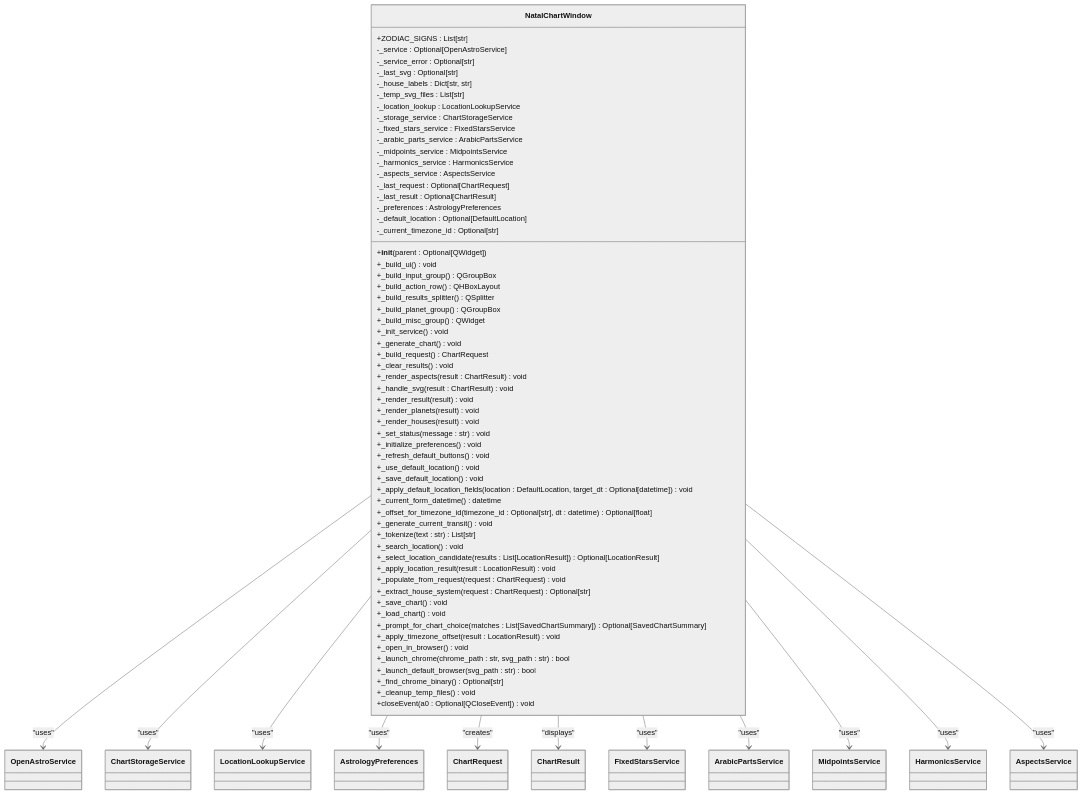
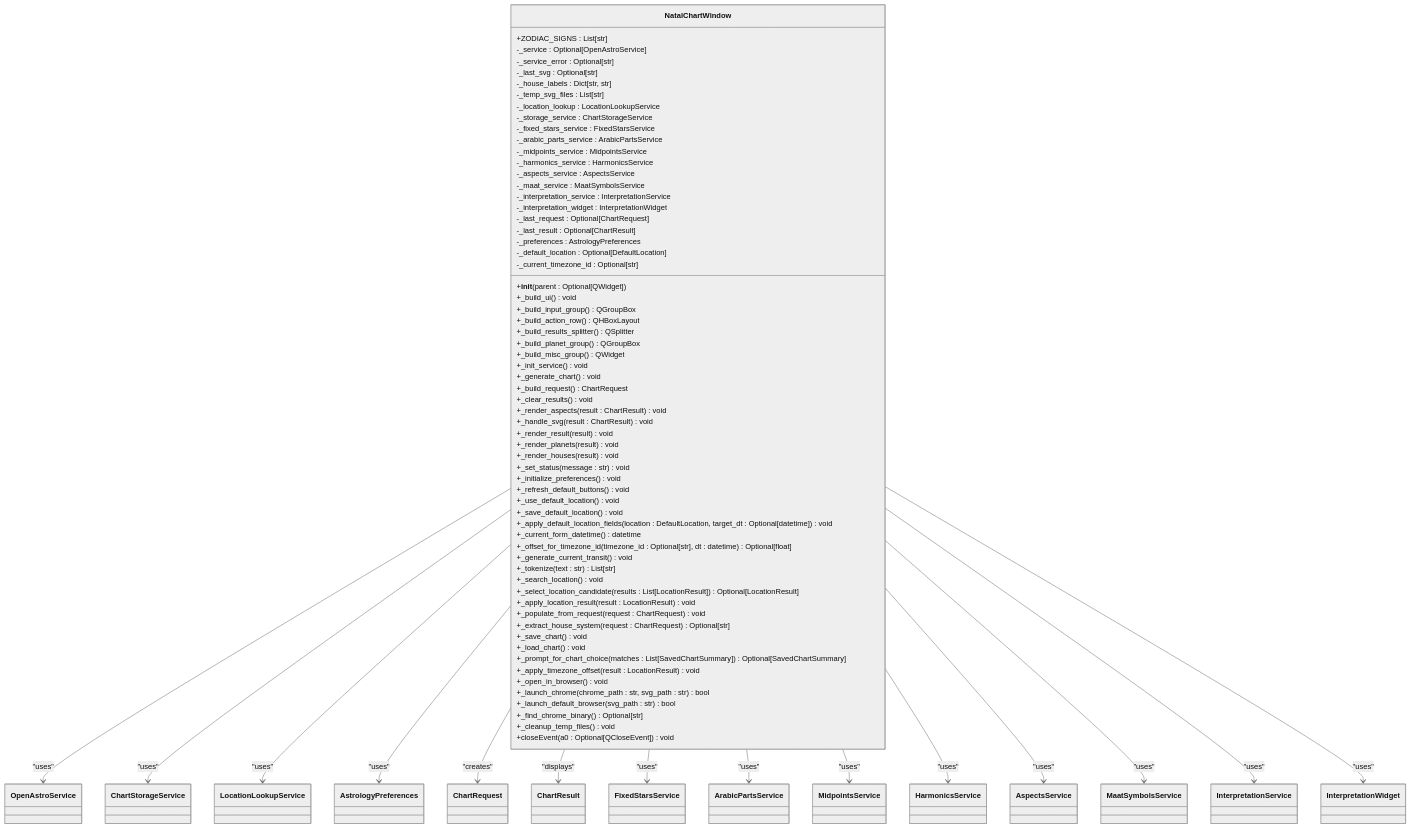
Before and after one commit to TheDaniel166/IsopGem: the third of 21 diagrams in .qoder/repowiki/en/content/Architecture Overview/Pillar-Based Architecture/Astrology Pillar/Natal Charts.md, drawn with Mermaid (neutral theme). The commit also changed other lines of this file and 44 other files, not shown here.

````diff
--- a/.qoder/repowiki/en/content/Architecture Overview/Pillar-Based Architecture/Astrology Pillar/Natal Charts.md
+++ b/.qoder/repowiki/en/content/Architecture Overview/Pillar-Based Architecture/Astrology Pillar/Natal Charts.md
@@ -168,75 +200,81 @@
 ```mermaid
 classDiagram
 class NatalChartWindow {
 +ZODIAC_SIGNS : List[str]
 -_service : Optional[OpenAstroService]
 -_service_error : Optional[str]
 -_last_svg : Optional[str]
 -_house_labels : Dict[str, str]
 -_temp_svg_files : List[str]
 -_location_lookup : LocationLookupService
 -_storage_service : ChartStorageService
 -_fixed_stars_service : FixedStarsService
 -_arabic_parts_service : ArabicPartsService
 -_midpoints_service : MidpointsService
 -_harmonics_service : HarmonicsService
 -_aspects_service : AspectsService
+-_maat_service : MaatSymbolsService
+-_interpretation_service : InterpretationService
+-_interpretation_widget : InterpretationWidget
 -_last_request : Optional[ChartRequest]
 -_last_result : Optional[ChartResult]
 -_preferences : AstrologyPreferences
 -_default_location : Optional[DefaultLocation]
 -_current_timezone_id : Optional[str]
 +__init__(parent : Optional[QWidget])
 +_build_ui() void
 +_build_input_group() QGroupBox
 +_build_action_row() QHBoxLayout
 +_build_results_splitter() QSplitter
 +_build_planet_group() QGroupBox
 +_build_misc_group() QWidget
 +_init_service() void
 +_generate_chart() void
 +_build_request() ChartRequest
 +_clear_results() void
 +_render_aspects(result : ChartResult) void
 +_handle_svg(result : ChartResult) void
 +_render_result(result) void
 +_render_planets(result) void
 +_render_houses(result) void
 +_set_status(message : str) void
 +_initialize_preferences() void
 +_refresh_default_buttons() void
 +_use_default_location() void
 +_save_default_location() void
 +_apply_default_location_fields(location : DefaultLocation, target_dt : Optional[datetime]) void
 +_current_form_datetime() datetime
 +_offset_for_timezone_id(timezone_id : Optional[str], dt : datetime) Optional[float]
 +_generate_current_transit() void
 +_tokenize(text : str) List[str]
 +_search_location() void
 +_select_location_candidate(results : List[LocationResult]) Optional[LocationResult]
 +_apply_location_result(result : LocationResult) void
 +_populate_from_request(request : ChartRequest) void
 +_extract_house_system(request : ChartRequest) Optional[str]
 +_save_chart() void
 +_load_chart() void
 +_prompt_for_chart_choice(matches : List[SavedChartSummary]) Optional[SavedChartSummary]
 +_apply_timezone_offset(result : LocationResult) void
 +_open_in_browser() void
 +_launch_chrome(chrome_path : str, svg_path : str) bool
 +_launch_default_browser(svg_path : str) bool
 +_find_chrome_binary() Optional[str]
 +_cleanup_temp_files() void
 +closeEvent(a0 : Optional[QCloseEvent]) void
 }
 NatalChartWindow --> OpenAstroService : "uses"
 NatalChartWindow --> ChartStorageService : "uses"
 NatalChartWindow --> LocationLookupService : "uses"
 NatalChartWindow --> AstrologyPreferences : "uses"
 NatalChartWindow --> ChartRequest : "creates"
 NatalChartWindow --> ChartResult : "displays"
 NatalChartWindow --> FixedStarsService : "uses"
 NatalChartWindow --> ArabicPartsService : "uses"
 NatalChartWindow --> MidpointsService : "uses"
 NatalChartWindow --> HarmonicsService : "uses"
 NatalChartWindow --> AspectsService : "uses"
+NatalChartWindow --> MaatSymbolsService : "uses"
+NatalChartWindow --> InterpretationService : "uses"
+NatalChartWindow --> InterpretationWidget : "uses"
 ```
````
